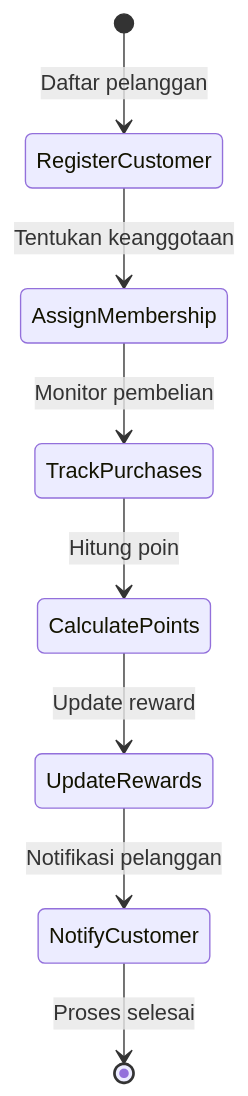
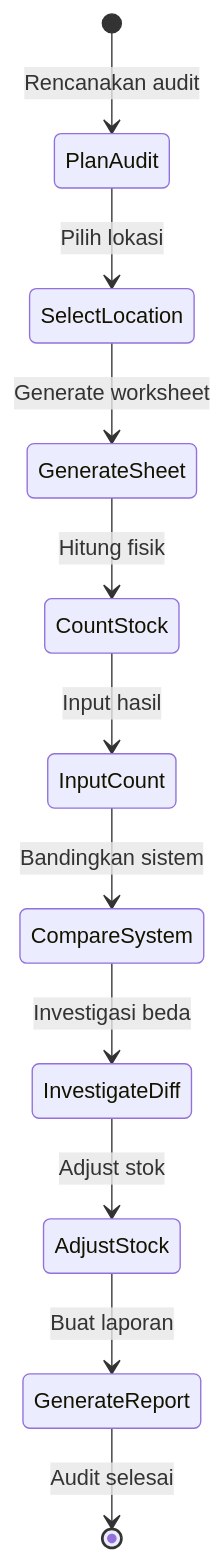
Before and after one commit to mrfansi/DearPOS: the tenth of 15 diagrams in documents/activity-diagrams.md, drawn with Mermaid. The commit also changed other lines of this file and 3 other files, not shown here.

````diff
--- a/documents/activity-diagrams.md
+++ b/documents/activity-diagrams.md
@@ -197,10 +166,13 @@
 ```mermaid
 stateDiagram-v2
-    [*] --> RegisterCustomer: Daftar pelanggan
-    RegisterCustomer --> AssignMembership: Tentukan keanggotaan
-    AssignMembership --> TrackPurchases: Monitor pembelian
-    TrackPurchases --> CalculatePoints: Hitung poin
-    CalculatePoints --> UpdateRewards: Update reward
-    UpdateRewards --> NotifyCustomer: Notifikasi pelanggan
-    NotifyCustomer --> [*]: Proses selesai
+    [*] --> PlanAudit: Rencanakan audit
+    PlanAudit --> SelectLocation: Pilih lokasi
+    SelectLocation --> GenerateSheet: Generate worksheet
+    GenerateSheet --> CountStock: Hitung fisik
+    CountStock --> InputCount: Input hasil
+    InputCount --> CompareSystem: Bandingkan sistem
+    CompareSystem --> InvestigateDiff: Investigasi beda
+    InvestigateDiff --> AdjustStock: Adjust stok
+    AdjustStock --> GenerateReport: Buat laporan
+    GenerateReport --> [*]: Audit selesai
 ```
````
